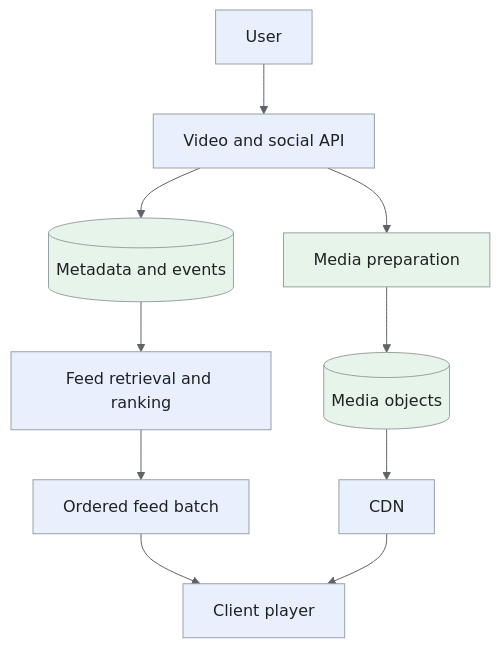
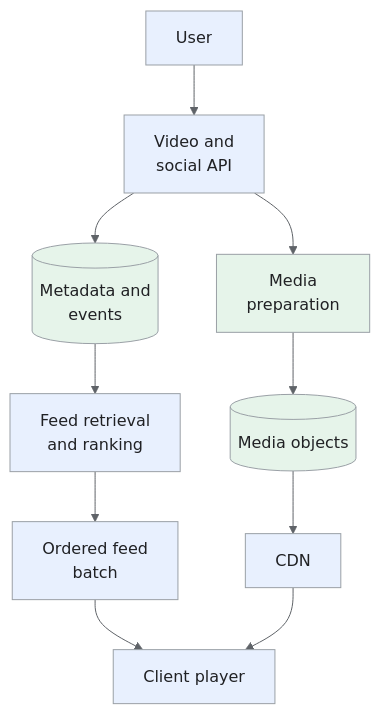
Before and after one commit to iliazlobin/iliazlobin.github.io: the first of 7 diagrams in _designs/system-design-tiktok-reels.md, drawn with Mermaid. The commit also changed other lines of this file and 116 other files, not shown here.

````diff
--- a/_designs/system-design-tiktok-reels.md
+++ b/_designs/system-design-tiktok-reels.md
@@ -158,19 +158,19 @@
 ```mermaid
-%%{init: {'theme':'base','themeVariables':{'primaryColor':'#e8f0fe','primaryTextColor':'#202124','primaryBorderColor':'#9aa0a6','lineColor':'#5f6368','secondaryColor':'#e6f4ea','tertiaryColor':'#fef7e0','actorBkg':'#e8f0fe','actorBorder':'#9aa0a6','actorTextColor':'#202124','noteBkgColor':'#fef7e0','noteTextColor':'#202124','noteBorderColor':'#9aa0a6','signalColor':'#5f6368','signalTextColor':'#202124','labelBoxBkgColor':'#fef7e0','labelBoxBorderColor':'#9aa0a6'}}}%%
+%%{init: {"theme":"base","themeVariables":{"primaryColor":"#e8f0fe","primaryBorderColor":"#9aa0a6","primaryTextColor":"#202124","secondaryColor":"#e6f4ea","tertiaryColor":"#fef7e0","lineColor":"#5f6368","actorBkg":"#e8f0fe","actorBorder":"#9aa0a6","actorTextColor":"#202124","noteBkgColor":"#fef7e0","noteBorderColor":"#9aa0a6","noteTextColor":"#202124","signalColor":"#5f6368","signalTextColor":"#202124"}}}%%
 flowchart TB
-    U["User"] --> API["Video and social API"]
-    API --> M[("Metadata and events")]
-    API --> T["Media preparation"]
+    U["User"] --> API["Video and<br>social API"]
+    API --> M[("Metadata and<br>events")]
+    API --> T["Media<br>preparation"]
     T --> O[("Media objects")]
-    M --> F["Feed retrieval and ranking"]
-    F --> B["Ordered feed batch"]
+    M --> F["Feed retrieval<br>and ranking"]
+    F --> B["Ordered feed<br>batch"]
     B --> P["Client player"]
     O --> C["CDN"]
     C --> P
 classDef request fill:#e8f0fe,stroke:#9aa0a6,color:#202124;
 classDef data fill:#e6f4ea,stroke:#9aa0a6,color:#202124;
 classDef control fill:#fef7e0,stroke:#9aa0a6,color:#202124;
 class U,API,F,B,P,C request;
 class M,T,O data;
 
 ```
````
